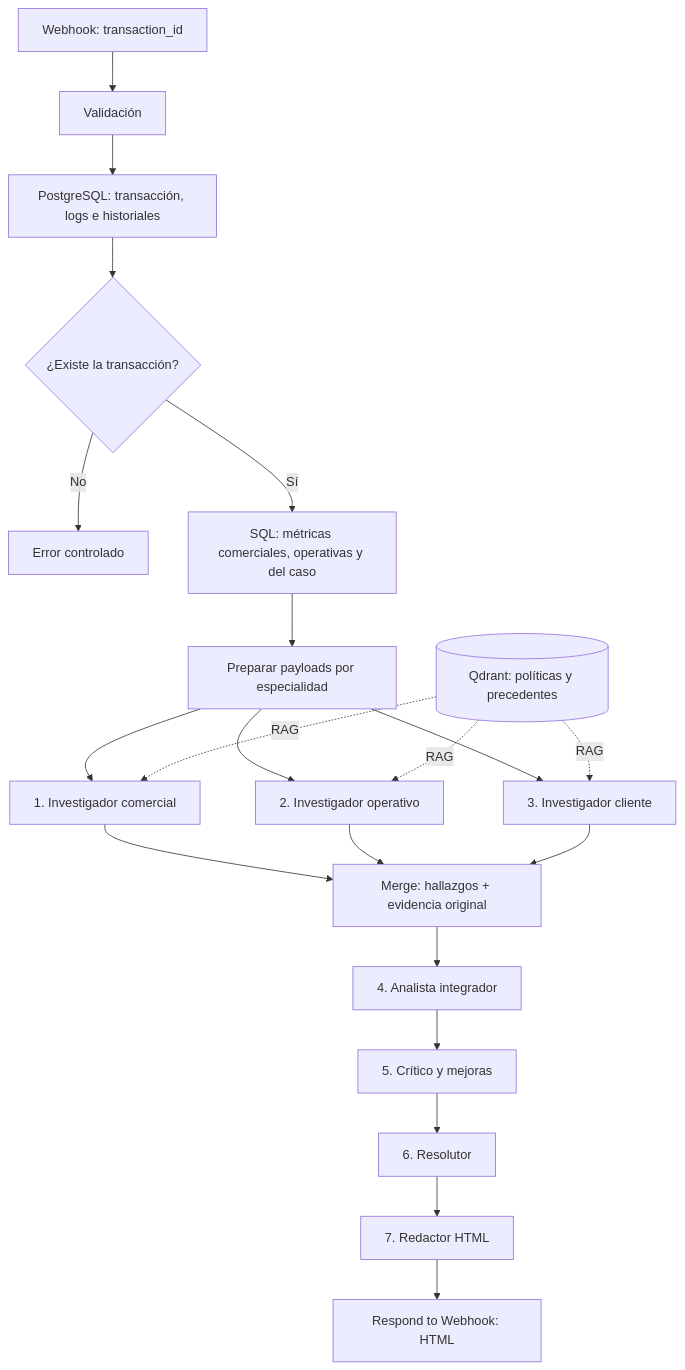
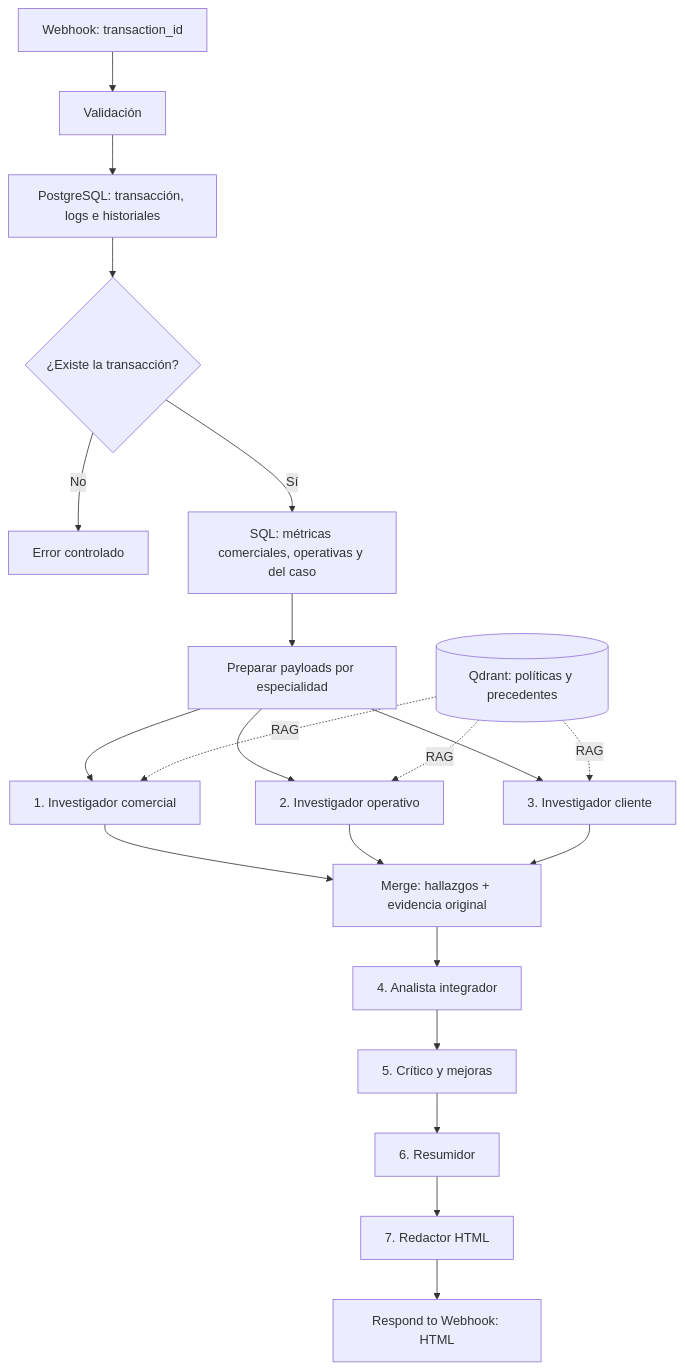
One commit to estelucero/prueba-tecnica-meli changed the diagram in DIAGRAMA_SOLUCION.md. Above: the diagram before and after it, drawn with Mermaid.

Commit message:
change diagram

````diff
--- a/DIAGRAMA_SOLUCION.md
+++ b/DIAGRAMA_SOLUCION.md
@@ -9,23 +9,23 @@
 ```mermaid
 flowchart TD
     W[Webhook: transaction_id] --> V[Validación]
     V --> T[PostgreSQL: transacción, logs e historiales]
     T --> F{¿Existe la transacción?}
     F -- No --> E[Error controlado]
     F -- Sí --> M[SQL: métricas comerciales, operativas y del caso]
     M --> P[Preparar payloads por especialidad]
     P --> C[1. Investigador comercial]
     P --> O[2. Investigador operativo]
     P --> U[3. Investigador cliente]
     Q[(Qdrant: políticas y precedentes)] -. RAG .-> C
     Q -. RAG .-> O
     Q -. RAG .-> U
     C --> J[Merge: hallazgos + evidencia original]
     O --> J
     U --> J
     J --> A[4. Analista integrador]
     A --> K[5. Crítico y mejoras]
-    K --> R[6. Resolutor]
+    K --> R[6. Resumidor]
     R --> H[7. Redactor HTML]
     H --> X[Respond to Webhook: HTML]
 ```
````
